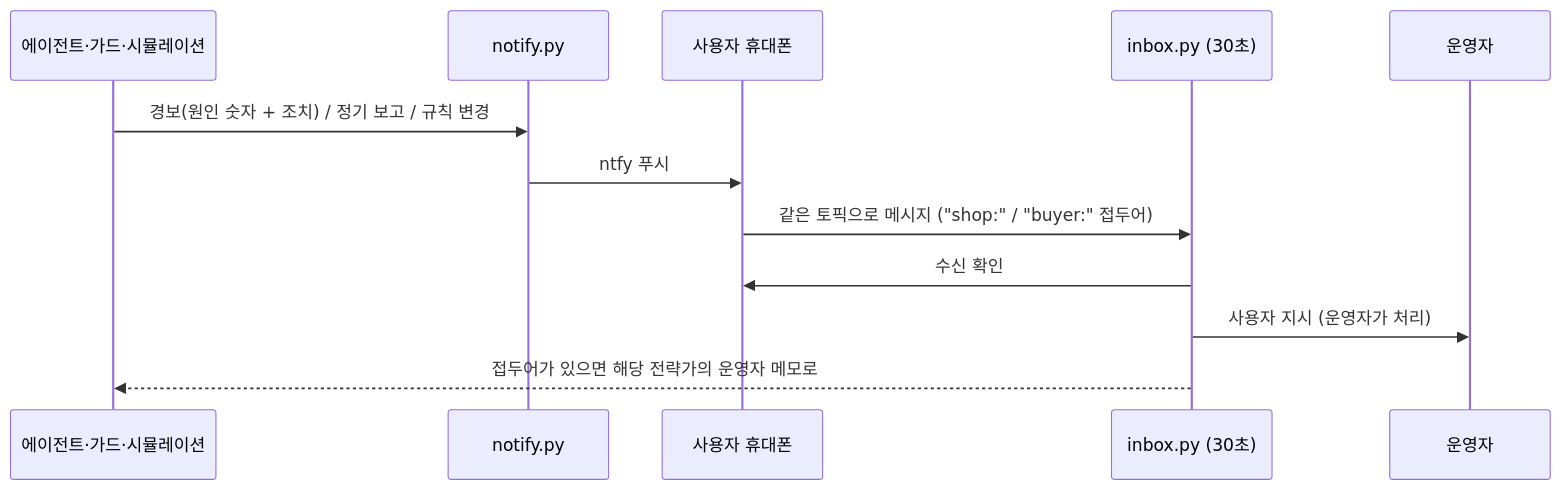
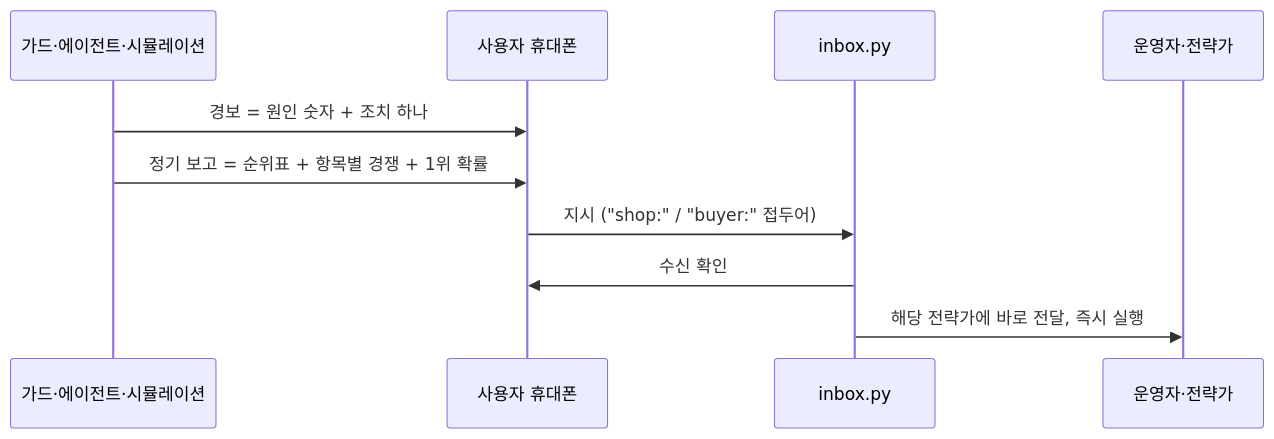
One commit to Q00/ai-agent-engineering-101 changed the sixth of 8 diagrams in submissions/23530007/week-08/REPORT.md. Above: the diagram before and after it, drawn with Mermaid. The commit also changed other lines of this file and 4 other files, not shown here.

````diff
--- a/submissions/23530007/week-08/REPORT.md
+++ b/submissions/23530007/week-08/REPORT.md
@@ -183,14 +201,12 @@
 ```mermaid
 sequenceDiagram
-  participant A as 에이전트·가드·시뮬레이션
-  participant N as notify.py
+  participant A as 가드·에이전트·시뮬레이션
   participant P as 사용자 휴대폰
-  participant I as inbox.py (30초)
-  participant O as 운영자
-  A->>N: 경보(원인 숫자 + 조치) / 정기 보고 / 규칙 변경
-  N->>P: ntfy 푸시
-  P->>I: 같은 토픽으로 메시지 ("shop:" / "buyer:" 접두어)
+  participant I as inbox.py
+  participant O as 운영자·전략가
+  A->>P: 경보 = 원인 숫자 + 조치 하나
+  A->>P: 정기 보고 = 순위표 + 항목별 경쟁 + 1위 확률
+  P->>I: 지시 ("shop:" / "buyer:" 접두어)
   I->>P: 수신 확인
-  I->>O: 사용자 지시 (운영자가 처리)
-  I-->>A: 접두어가 있으면 해당 전략가의 운영자 메모로
+  I->>O: 해당 전략가에 바로 전달, 즉시 실행
 ```
````
